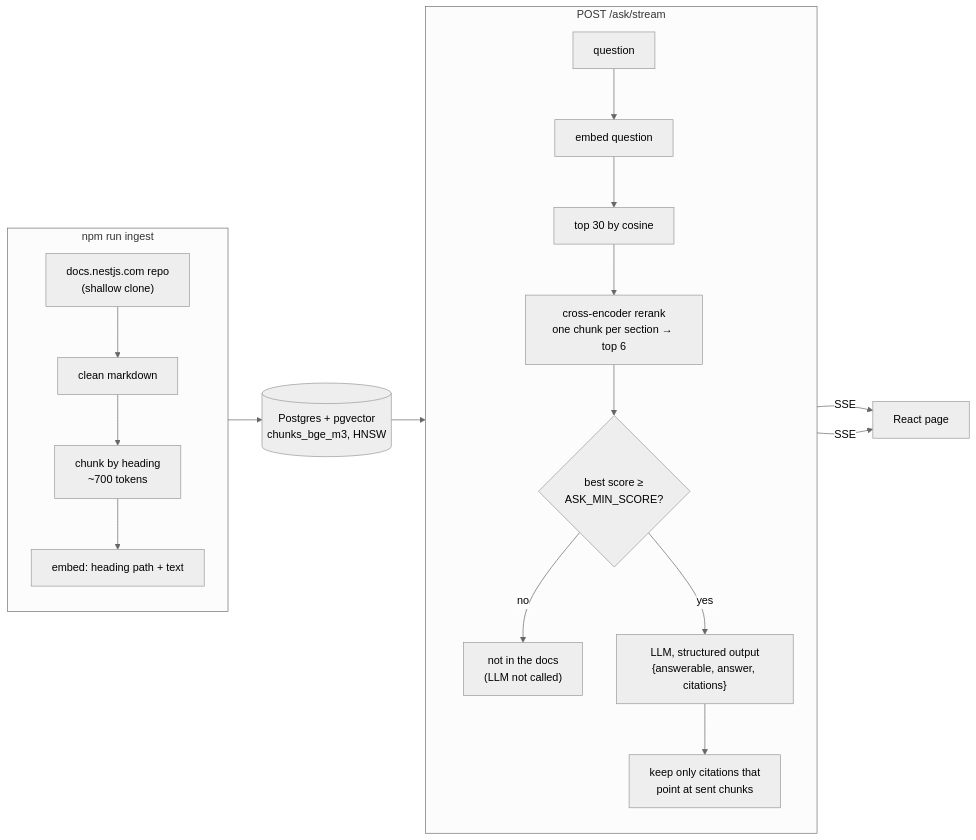
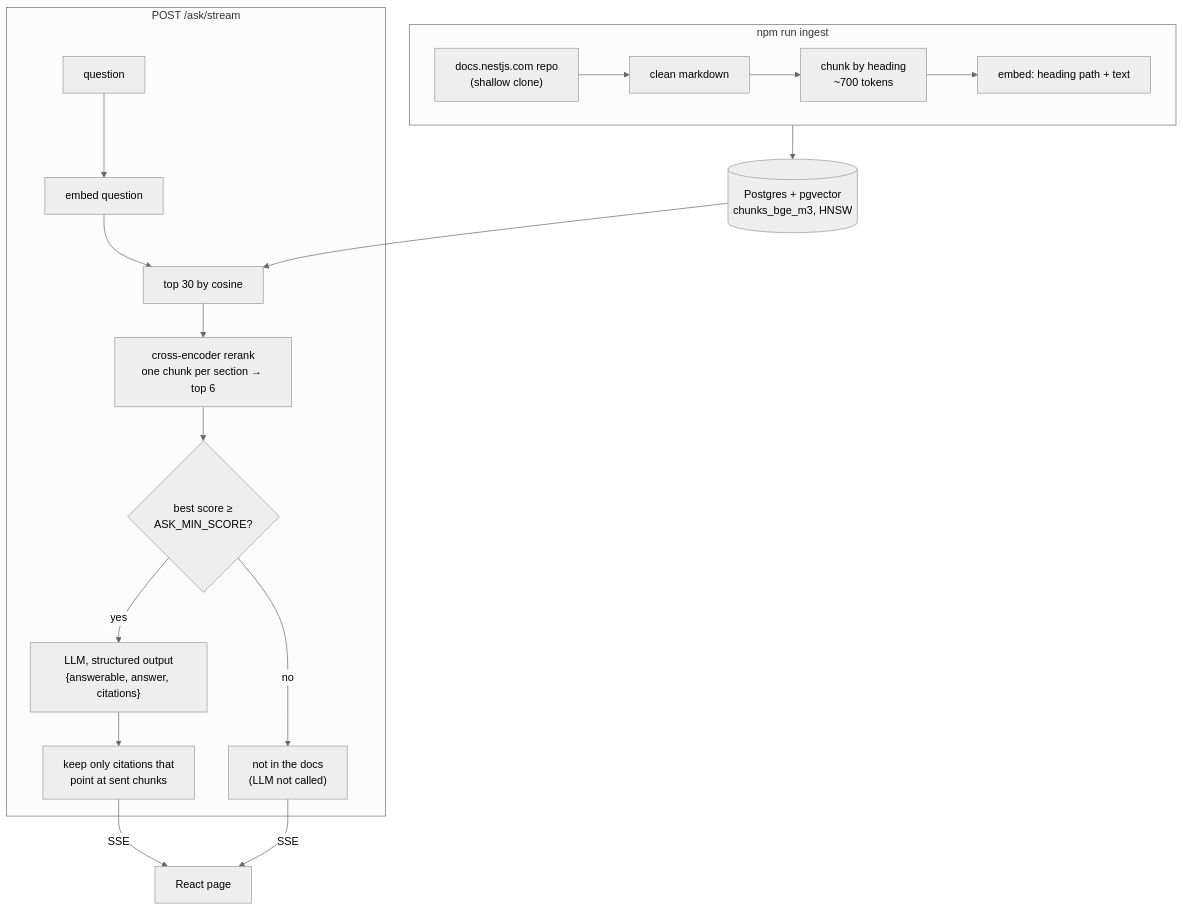
One commit to 01egP/nest-docs-rag changed the diagram in README.md. Above: the diagram before and after it, drawn with Mermaid (neutral theme).

Commit message:
docs: stack the architecture diagram vertically

````diff
--- a/README.md
+++ b/README.md
@@ -23,25 +23,25 @@
 ```mermaid
-flowchart LR
+flowchart TB
   subgraph ingest["npm run ingest"]
-    direction TB
+    direction LR
     src["docs.nestjs.com repo<br/>(shallow clone)"] --> clean["clean markdown"]
     clean --> chunk["chunk by heading<br/>~700 tokens"]
     chunk --> embedDocs["embed: heading path + text"]
   end
 
   subgraph ask["POST /ask/stream"]
-    direction TB
     q["question"] --> embedQ["embed question"]
     embedQ --> knn["top 30 by cosine"]
     knn --> rerank["cross-encoder rerank<br/>one chunk per section → top 6"]
     rerank --> gate{"best score ≥<br/>ASK_MIN_SCORE?"}
     gate -- no --> refuse["not in the docs<br/>(LLM not called)"]
     gate -- yes --> llm["LLM, structured output<br/>{answerable, answer, citations}"]
     llm --> check["keep only citations that<br/>point at sent chunks"]
   end
 
-  embedDocs --> db[("Postgres + pgvector<br/>chunks_bge_m3, HNSW")]
+  %% link the subgraph itself, not a node inside it, so its LR direction is kept
+  ingest --> db[("Postgres + pgvector<br/>chunks_bge_m3, HNSW")]
   db --> knn
   check -- SSE --> web["React page"]
   refuse -- SSE --> web
 ```
````
